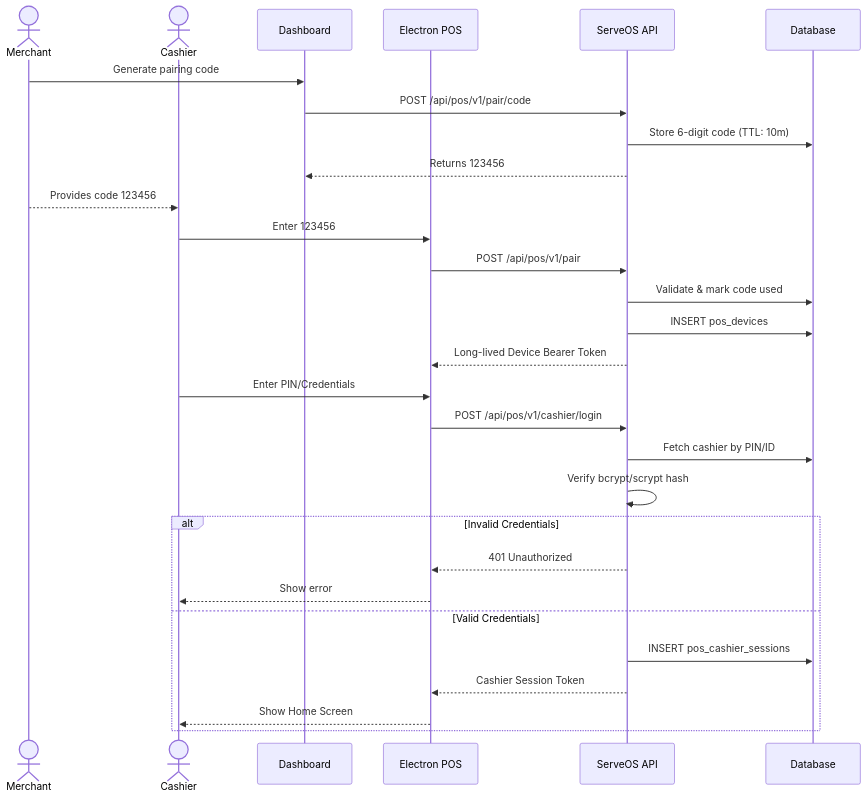
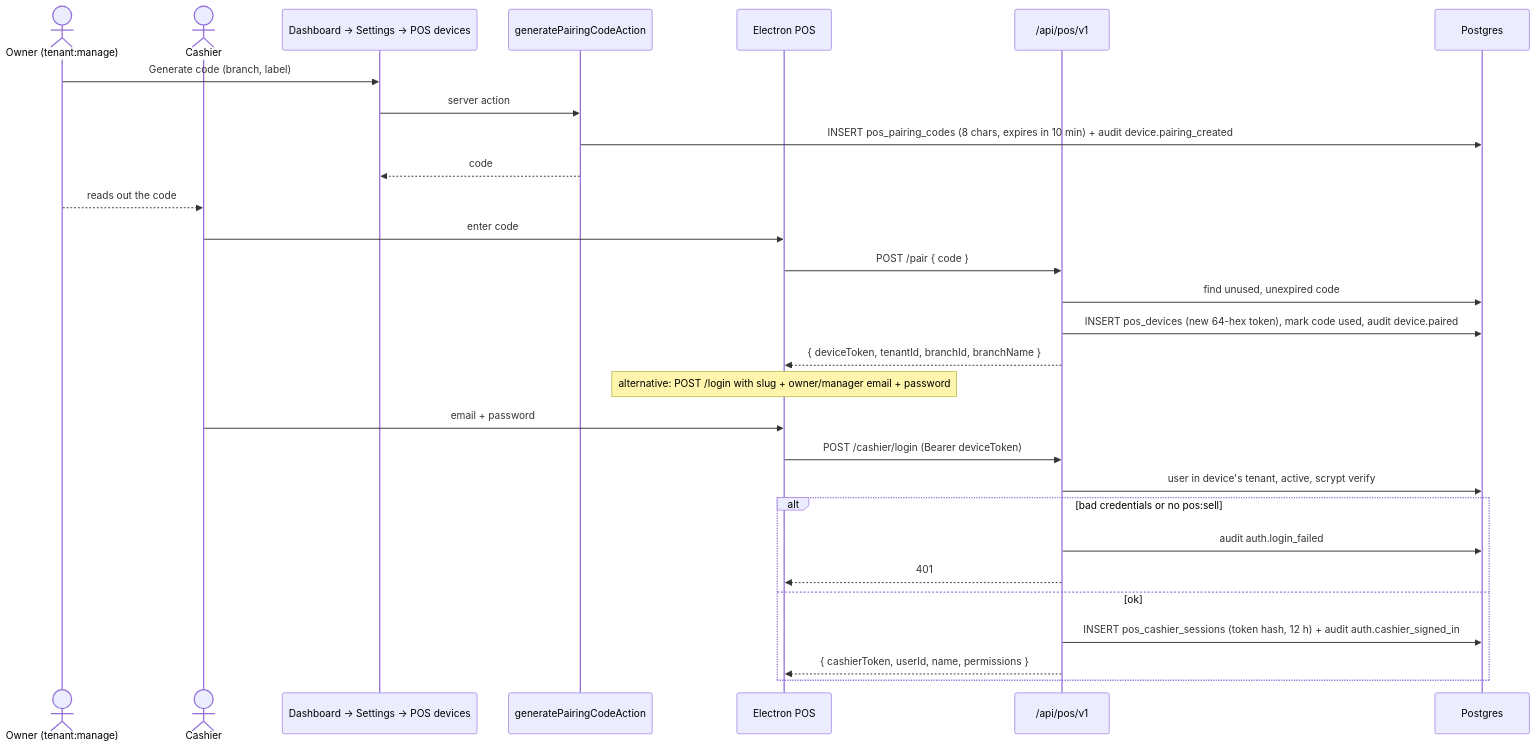
The second of 10 diagrams in docs/flows/sequence-diagrams.md (Ai-NativeLab/ServeOs), drawn with Mermaid before and after one commit. The commit also changed other lines of this file and 1 other file, not shown here.

First line of the commit message:
docs(flows): rewrite sequence diagrams and state machines from the code

````diff
--- a/docs/flows/sequence-diagrams.md
+++ b/docs/flows/sequence-diagrams.md
@@ -58,36 +48,34 @@
 ```mermaid
 sequenceDiagram
-    actor Merchant
+    actor Owner as Owner (tenant:manage)
     actor Cashier
-    participant Dashboard
+    participant Dash as Dashboard → Settings → POS devices
+    participant Act as generatePairingCodeAction
     participant POS as Electron POS
-    participant Server as ServeOS API
-    participant DB as Database
+    participant API as /api/pos/v1
+    participant DB as Postgres
 
-    %% Pairing Flow
-    Merchant->>Dashboard: Generate pairing code
-    Dashboard->>Server: POST /api/pos/v1/pair/code
-    Server->>DB: Store 6-digit code (TTL: 10m)
-    Server-->>Dashboard: Returns 123456
-    Merchant-->>Cashier: Provides code 123456
-    
-    Cashier->>POS: Enter 123456
-    POS->>Server: POST /api/pos/v1/pair
-    Server->>DB: Validate & mark code used
-    Server->>DB: INSERT pos_devices
-    Server-->>POS: Long-lived Device Bearer Token
-    
-    %% Authentication Flow
-    Cashier->>POS: Enter PIN/Credentials
-    POS->>Server: POST /api/pos/v1/cashier/login
-    Server->>DB: Fetch cashier by PIN/ID
-    Server->>Server: Verify bcrypt/scrypt hash
-    alt Invalid Credentials
-        Server-->>POS: 401 Unauthorized
-        POS-->>Cashier: Show error
-    else Valid Credentials
-        Server->>DB: INSERT pos_cashier_sessions
-        Server-->>POS: Cashier Session Token
-        POS-->>Cashier: Show Home Screen
+    Owner->>Dash: Generate code (branch, label)
+    Dash->>Act: server action
+    Act->>DB: INSERT pos_pairing_codes (8 chars, expires in 10 min) + audit device.pairing_created
+    Act-->>Dash: code
+    Owner-->>Cashier: reads out the code
+
+    Cashier->>POS: enter code
+    POS->>API: POST /pair { code }
+    API->>DB: find unused, unexpired code
+    API->>DB: INSERT pos_devices (new 64-hex token), mark code used, audit device.paired
+    API-->>POS: { deviceToken, tenantId, branchId, branchName }
+    Note over POS: alternative: POST /login with slug + owner/manager email + password
+
+    Cashier->>POS: email + password
+    POS->>API: POST /cashier/login (Bearer deviceToken)
+    API->>DB: user in device's tenant, active, scrypt verify
+    alt bad credentials or no pos:sell
+        API->>DB: audit auth.login_failed
+        API-->>POS: 401
+    else ok
+        API->>DB: INSERT pos_cashier_sessions (token hash, 12 h) + audit auth.cashier_signed_in
+        API-->>POS: { cashierToken, userId, name, permissions }
     end
 ```
````
